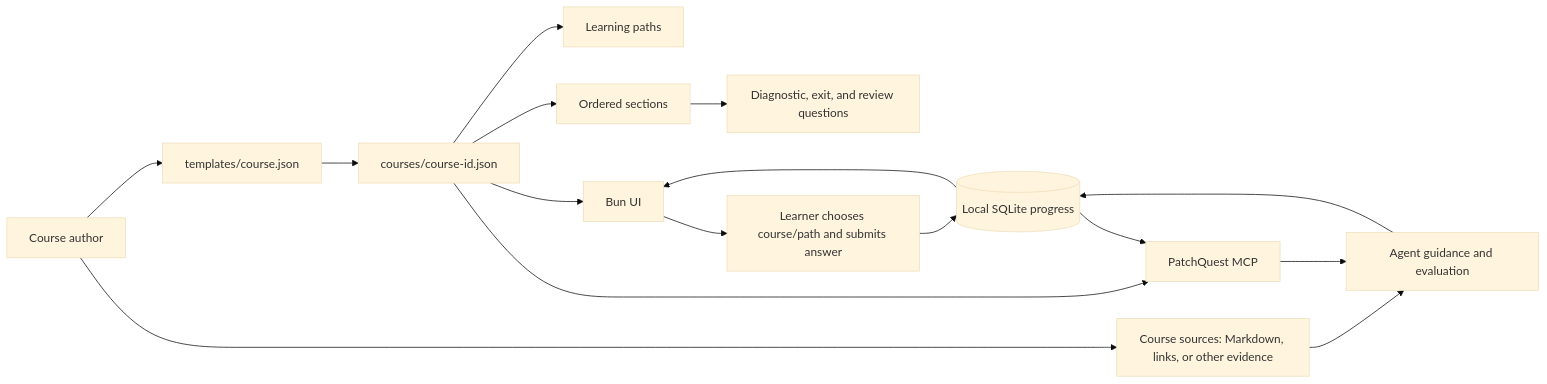
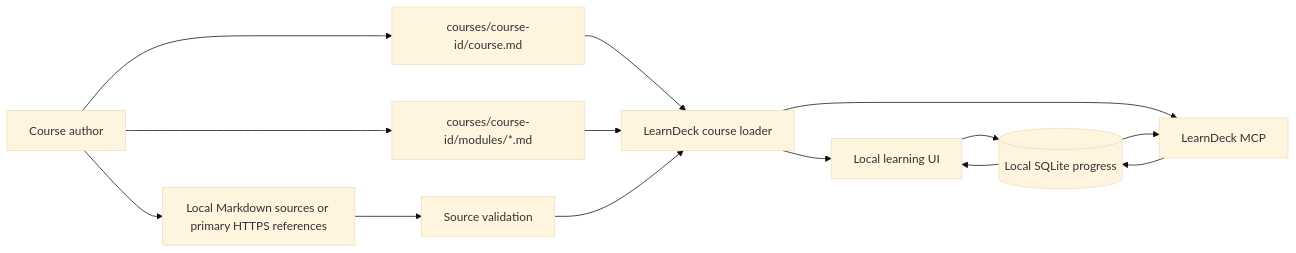
The diagram in docs/course-authoring.md (learn-deck/learndeck), drawn with Mermaid (base theme) before and after one commit. The commit also changed other lines of this file and 54 other files, not shown here.

Commit message:
feat: launch LearnDeck local learning experience

````diff
--- a/docs/course-authoring.md
+++ b/docs/course-authoring.md
@@ -8,18 +8,16 @@
 ```mermaid
 flowchart LR
-  A[Course author] --> T[templates/course.json]
-  T --> M[courses/course-id.json]
-  A --> D[Course sources: Markdown, links, or other evidence]
-  M --> H[Learning paths]
-  M --> S[Ordered sections]
-  S --> Q[Diagnostic, exit, and review questions]
-  M --> U[Bun UI]
-  M --> P[PatchQuest MCP]
-  D --> G[Agent guidance and evaluation]
-  U --> L[Learner chooses course/path and submits answer]
-  P --> G
-  G --> DB[(Local SQLite progress)]
-  L --> DB
-  DB --> U
-  DB --> P
+  A[Course author] --> C[courses/course-id/course.md]
+  A --> M[courses/course-id/modules/*.md]
+  A --> R[Local Markdown sources or primary HTTPS references]
+  C --> L[LearnDeck course loader]
+  M --> L
+  R --> V[Source validation]
+  V --> L
+  L --> U[Local learning UI]
+  L --> P[LearnDeck MCP]
+  U --> S[(Local SQLite progress)]
+  P --> S
+  S --> U
+  S --> P
 ```
````
